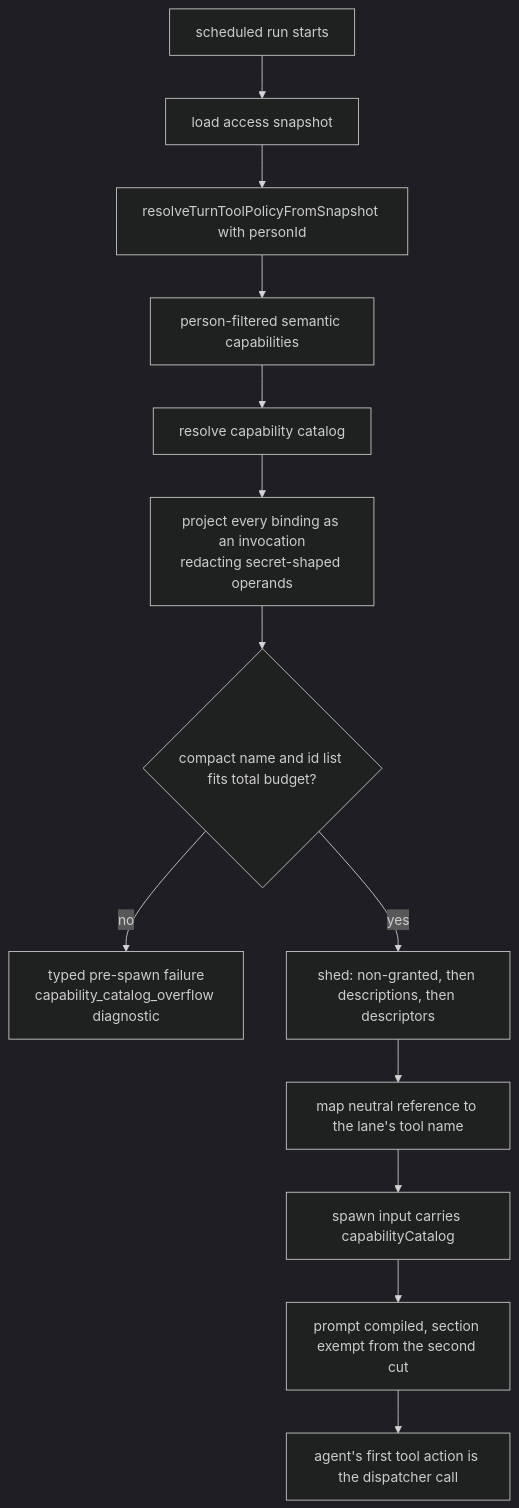
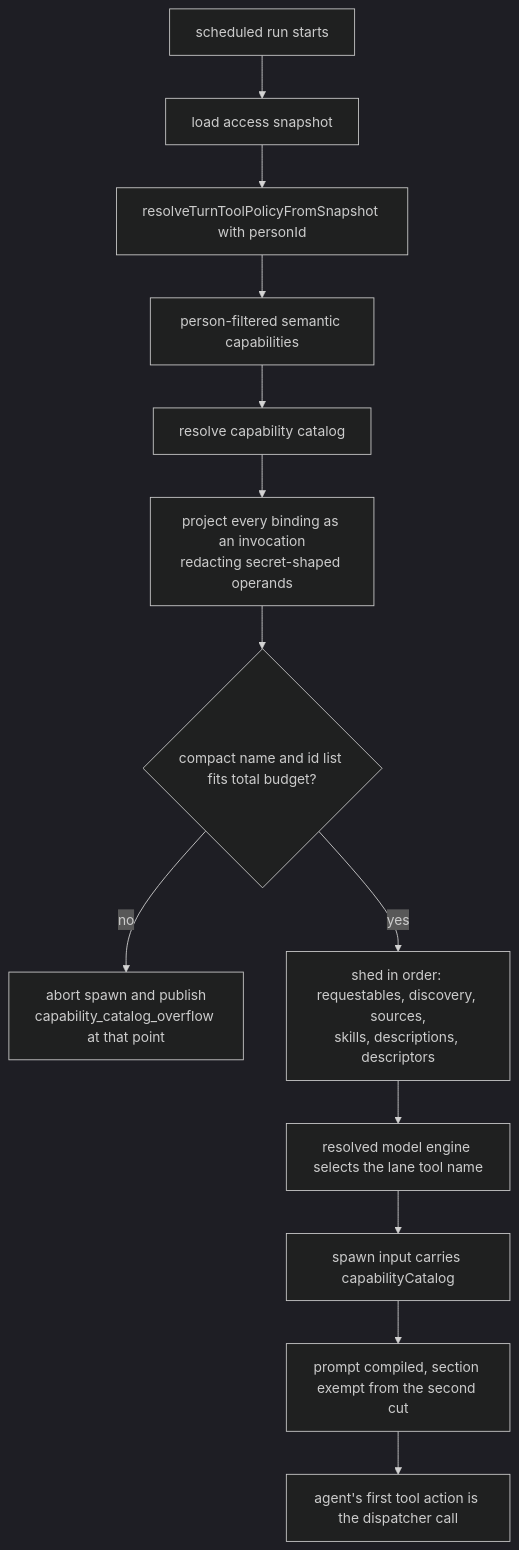
Before and after one commit to knacklabs/gantry: the diagram in .factory/grill-brief-task-GRANTED-1-T1.md, drawn with Mermaid (dark theme). The commit also changed other lines of this file and 26 other files, not shown here.

````diff
--- a/.factory/grill-brief-task-GRANTED-1-T1.md
+++ b/.factory/grill-brief-task-GRANTED-1-T1.md
@@ -525,15 +569,15 @@
 ```mermaid
 flowchart TD
   A[scheduled run starts] --> B[load access snapshot]
   B --> C[resolveTurnToolPolicyFromSnapshot with personId]
   C --> D[person-filtered semantic capabilities]
   D --> E[resolve capability catalog]
   E --> F[project every binding as an invocation<br/>redacting secret-shaped operands]
   F --> G{compact name and id list fits total budget?}
-  G -- no --> H[typed pre-spawn failure<br/>capability_catalog_overflow diagnostic]
-  G -- yes --> I[shed: non-granted, then descriptions, then descriptors]
-  I --> J[map neutral reference to the lane's tool name]
+  G -- no --> H[abort spawn and publish<br/>capability_catalog_overflow at that point]
+  G -- yes --> I[shed in order: requestables, discovery, sources,<br/>skills, descriptions, descriptors]
+  I --> J[resolved model engine selects the lane tool name]
   J --> K[spawn input carries capabilityCatalog]
   K --> L[prompt compiled, section exempt from the second cut]
   L --> M[agent's first tool action is the dispatcher call]
 ```
````
